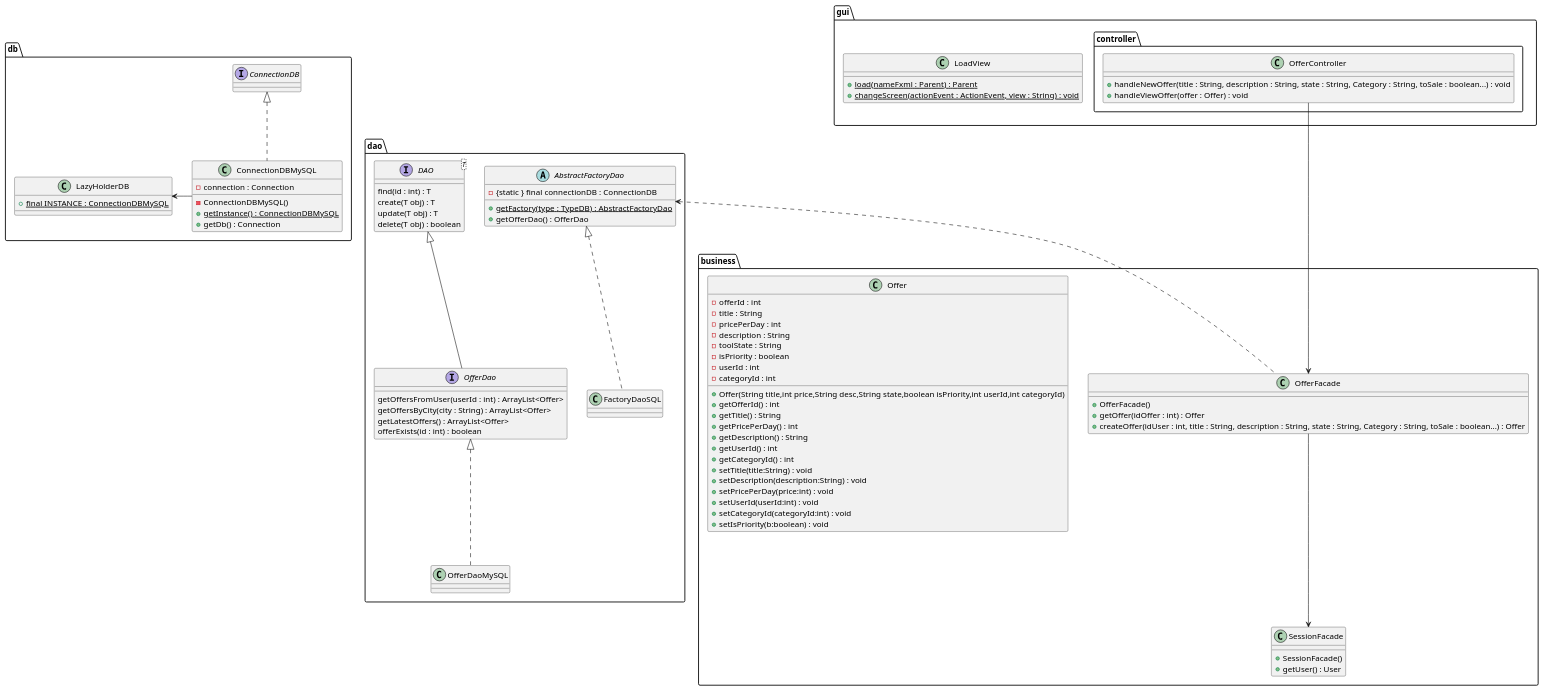
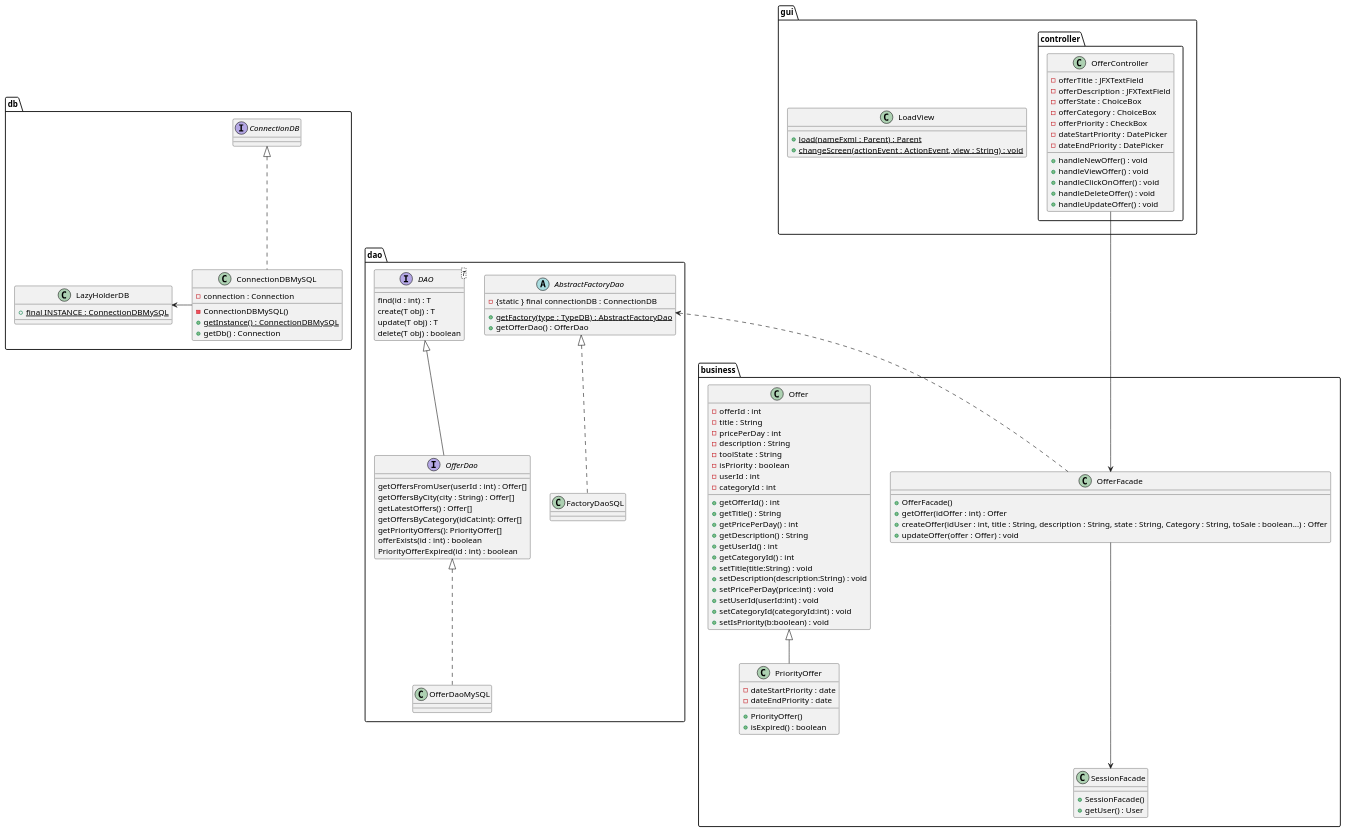
One commit to LaunoisRemy/ToolShare changed the diagram in documents/diagram/offer/offerClass.puml. Above: the diagram before and after it, drawn with PlantUML.

Commit message:
Start of updates on Offer class diagram

```diff
--- a/documents/diagram/offer/offerClass.puml
+++ b/documents/diagram/offer/offerClass.puml
@@ -1,112 +1,135 @@
 @startuml
 
 package dao {
 
 
     interface OfferDao{
-        getOffersFromUser(userId : int) : ArrayList<Offer>
-        getOffersByCity(city : String) : ArrayList<Offer>
-        getLatestOffers() : ArrayList<Offer>
+        getOffersFromUser(userId : int) : Offer[]
+        getOffersByCity(city : String) : Offer[]
+        getLatestOffers() : Offer[]
+        getOffersByCategory(idCat:int): Offer[]
+        getPriorityOffers(): PriorityOffer[]
         offerExists(id : int) : boolean
+        PriorityOfferExpired(id : int) : boolean
     }
     class OfferDaoMySQL
     FactoryDaoSQL .up.|> AbstractFactoryDao
     OfferDaoMySQL .up.|> OfferDao
 
 
     interface DAO<T>{
         find(id : int) : T
         create(T obj) : T
         update(T obj) : T
         delete(T obj) : boolean
     }
 
     abstract AbstractFactoryDao{
         - {static } final connectionDB : ConnectionDB
         + {static} getFactory(type : TypeDB) : AbstractFactoryDao
         + getOfferDao() : OfferDao
     }
 
     class FactoryDaoSQL{
     }
 
 
     DAO <|-- OfferDao
 }
 package db{
     class ConnectionDBMySQL{
         - connection : Connection
         - ConnectionDBMySQL()
         + {static} getInstance() : ConnectionDBMySQL
         + getDb() : Connection
     }
 
     class LazyHolderDB{
         + {static} final INSTANCE : ConnectionDBMySQL
     }
     interface ConnectionDB
     ConnectionDBMySQL -Left-> LazyHolderDB
     ConnectionDBMySQL .up.|> ConnectionDB
 
 }
 package business{
     class SessionFacade{
         + SessionFacade()
         + getUser() : User
     }
 
     class Offer{
         -offerId : int
         -title : String
         -pricePerDay : int
         -description : String
         -toolState : String
         -isPriority : boolean
         -userId : int
         -categoryId : int
-        + Offer(String title,int price,String desc,String state,boolean isPriority,int userId,int categoryId)
         + getOfferId() : int
         + getTitle() : String
         + getPricePerDay() : int
         + getDescription() : String
         + getUserId() : int
         + getCategoryId() : int
         + setTitle(title:String) : void
         + setDescription(description:String) : void
         + setPricePerDay(price:int) : void
         + setUserId(userId:int) : void
         + setCategoryId(categoryId:int) : void
         + setIsPriority(b:boolean) : void
     }
 
-
+    class PriorityOffer{
+        -dateStartPriority : date
+        -dateEndPriority : date
+        +PriorityOffer()
+        +isExpired() : boolean
+    }
     class OfferFacade{
         + OfferFacade()
         + getOffer(idOffer : int) : Offer
         + createOffer(idUser : int, title : String, description : String, state : String, Category : String, toSale : boolean...) : Offer
+        + updateOffer(offer : Offer) : void
     }
+
+        Offer <|-- PriorityOffer
+
 
 }
 
 package gui{
 
     class LoadView{
         + {static} load(nameFxml : Parent) : Parent
         + {static} changeScreen(actionEvent : ActionEvent, view : String) : void
     }
 
     package controller{
         class OfferController{
-            + handleNewOffer(title : String, description : String, state : String, Category : String, toSale : boolean...) : void
-            + handleViewOffer(offer : Offer) : void
+            -offerTitle : JFXTextField
+            -offerDescription : JFXTextField
+            -offerState : ChoiceBox
+            -offerCategory : ChoiceBox
+            -offerPriority : CheckBox
+            -dateStartPriority : DatePicker
+            -dateEndPriority : DatePicker
+
+            + handleNewOffer() : void
+            + handleViewOffer() : void
+            + handleClickOnOffer() : void
+            + handleDeleteOffer() : void
+            + handleUpdateOffer() : void
+
         }
 
     }
 }
 OfferFacade <--Up- OfferController
 SessionFacade <--Up- OfferFacade
 OfferFacade .Up.> AbstractFactoryDao
 
 
 
 @enduml
```
